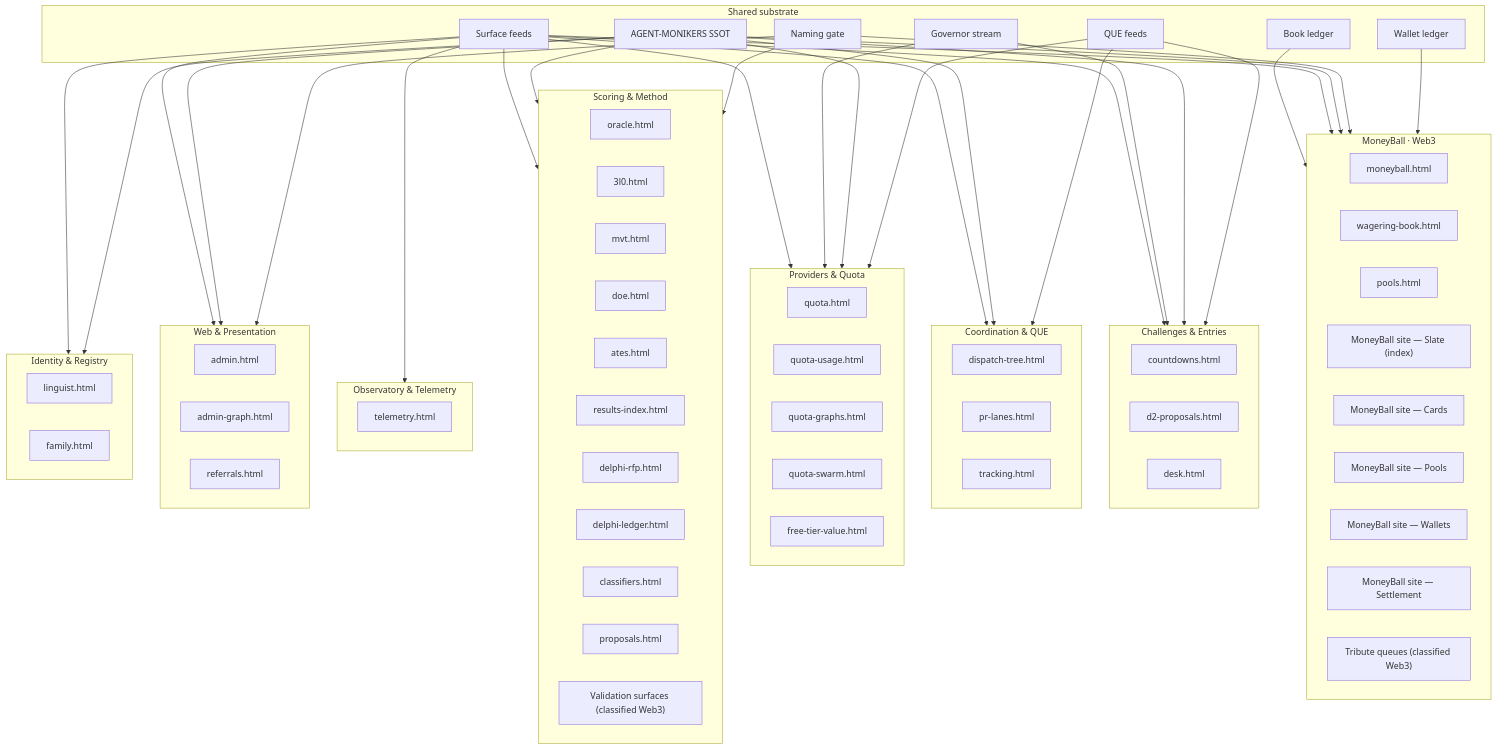
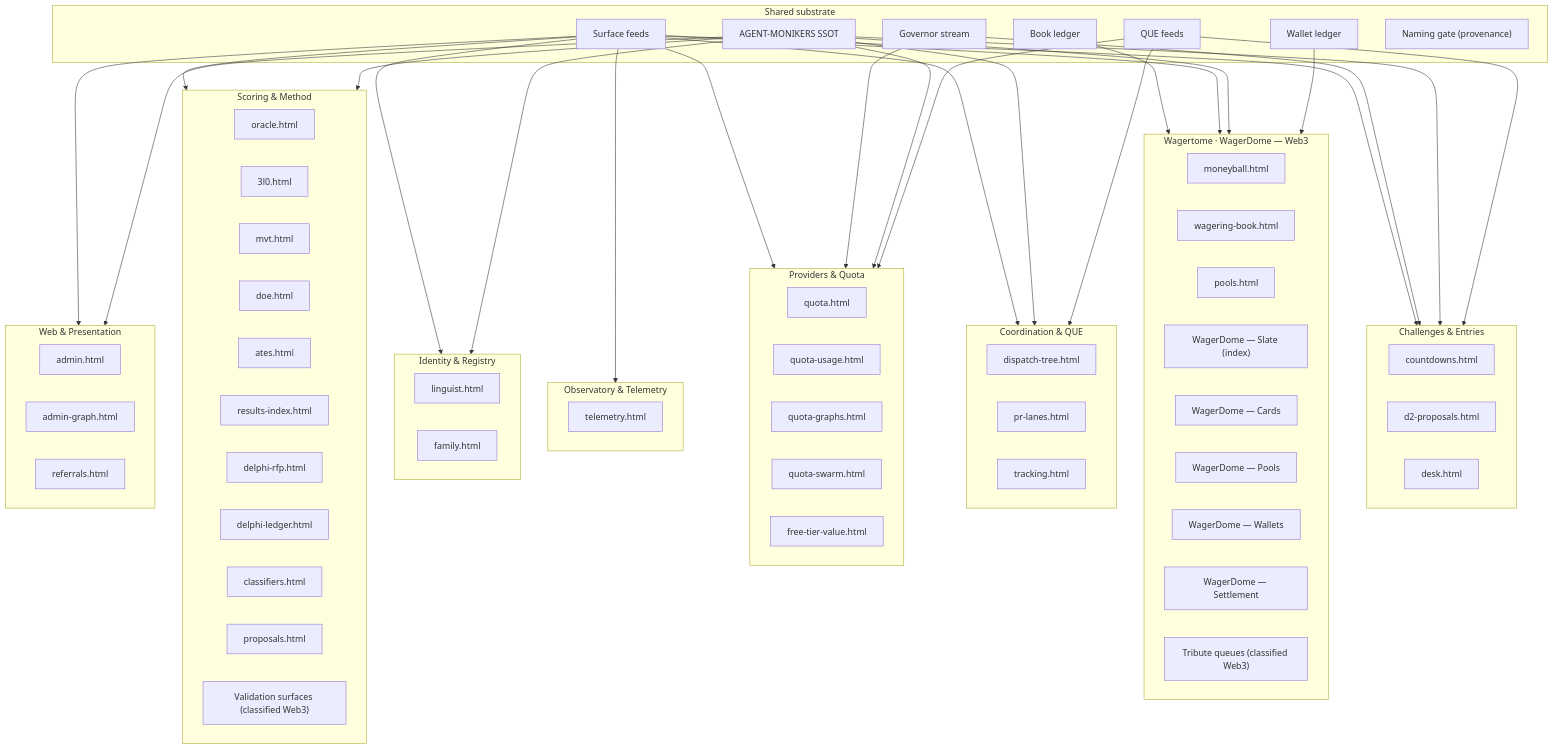
The diagram in docs/ops/SURFACES-MAP.md (timerloggedout-spec/termux-monorepo), drawn with Mermaid before and after one commit. The commit also changed other lines of this file and 2 other files, not shown here.

Commit message:
viz(map): naming-seat collisions fixes — brand layer renders (Wagertome/WagerDome/booktally/Actuary) · office=DoE only · plane=Pool only · naming gate = provenance

```diff
--- a/docs/ops/SURFACES-MAP.md
+++ b/docs/ops/SURFACES-MAP.md
@@ -15,7 +15,7 @@
     walletledger["Wallet ledger"]
     bookledger["Book ledger"]
     governor["Governor stream"]
-    naminggate["Naming gate"]
+    naminggate["Naming gate (provenance)"]
   end
   subgraph PL_identity["Identity & Registry"]
     identity_0["linguist.html"]
@@ -46,15 +46,15 @@
     entries_1["d2-proposals.html"]
     entries_2["desk.html"]
   end
-  subgraph PL_moneyball["MoneyBall · Web3"]
+  subgraph PL_moneyball["Wagertome · WagerDome — Web3"]
     moneyball_0["moneyball.html"]
     moneyball_1["wagering-book.html"]
     moneyball_2["pools.html"]
-    moneyball_3["MoneyBall site — Slate (index)"]
-    moneyball_4["MoneyBall site — Cards"]
-    moneyball_5["MoneyBall site — Pools"]
-    moneyball_6["MoneyBall site — Wallets"]
-    moneyball_7["MoneyBall site — Settlement"]
+    moneyball_3["WagerDome — Slate (index)"]
+    moneyball_4["WagerDome — Cards"]
+    moneyball_5["WagerDome — Pools"]
+    moneyball_6["WagerDome — Wallets"]
+    moneyball_7["WagerDome — Settlement"]
     moneyball_8["Tribute queues (classified Web3)"]
   end
   subgraph PL_observatory["Observatory & Telemetry"]
@@ -88,9 +88,6 @@
   monikers --> PL_quota
   monikers --> PL_scoring
   monikers --> PL_web
-  naminggate --> PL_moneyball
-  naminggate --> PL_scoring
-  naminggate --> PL_web
   quefeeds --> PL_coordination
   quefeeds --> PL_entries
   quefeeds --> PL_quota
```
